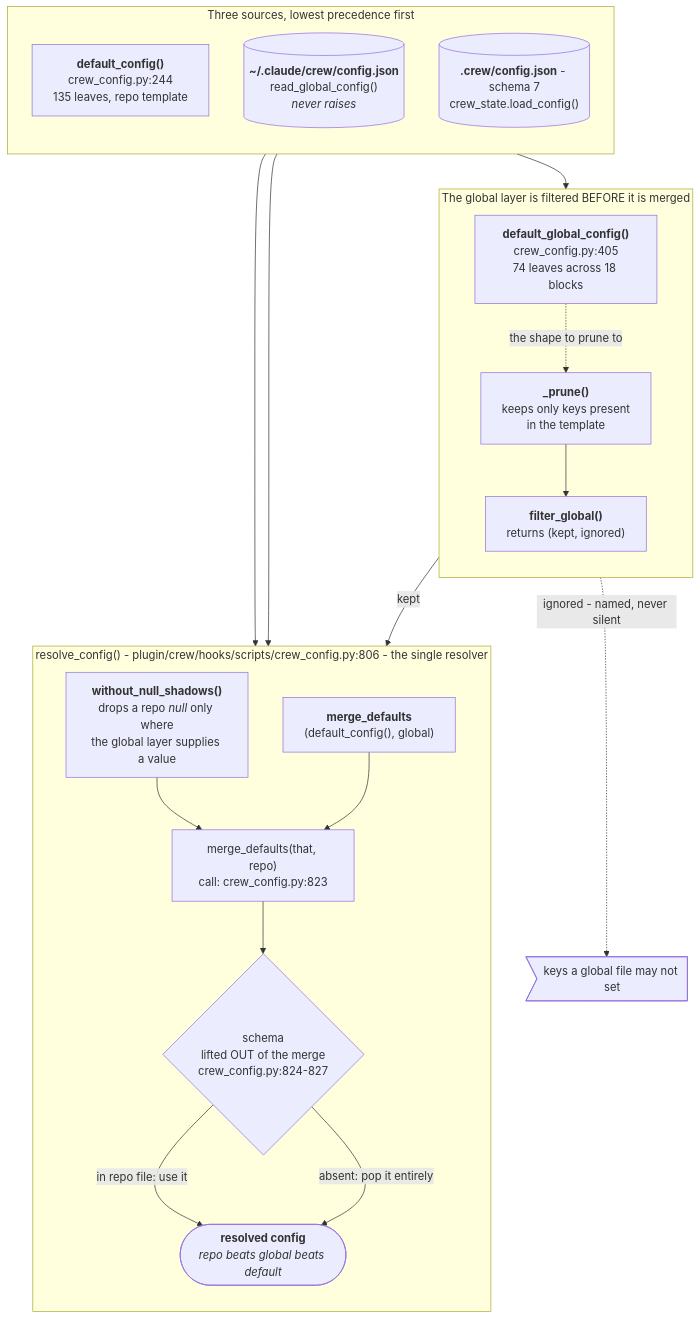
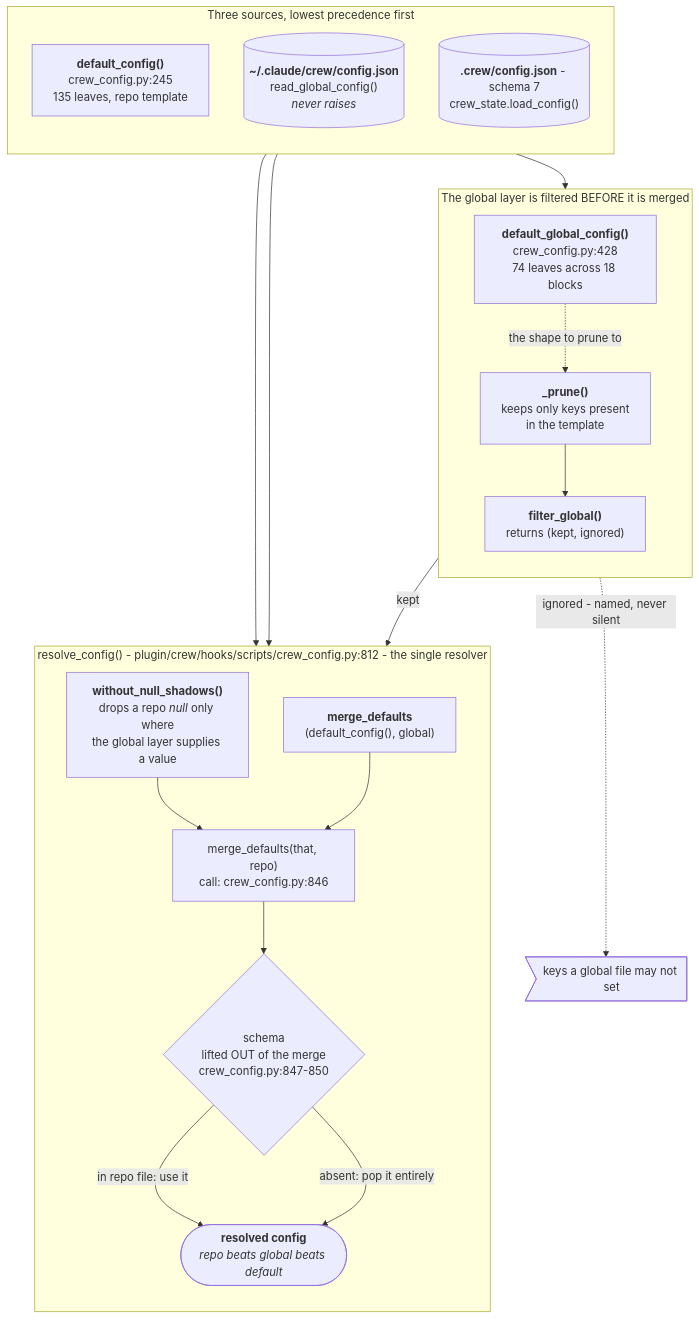
Before and after one commit to mbadali25/useful-claude-add-ons: the diagram in docs/diagrams/data-flow-crew-config-read.mmd, drawn with Mermaid. The commit also changed 3 other files, not shown here.

First line of the commit message:
T-0011: merge review fixes - CONFIG.md leaf counts 74/135/61, codemap 130 marked history, read diagram cites re-derived

```diff
--- a/docs/diagrams/data-flow-crew-config-read.mmd
+++ b/docs/diagrams/data-flow-crew-config-read.mmd
@@ -1,67 +1,67 @@
 %% Generated from useful-claude-add-ons@452b30cc on 2026-10-02. Verify before trusting.
 %% Anchors: plugin/crew/hooks/scripts/crew_config.py, plugin/crew/hooks/scripts/crew_state.py, plugin/crew/hooks/scripts/crew_guards.py
 %% Purpose: The read side: the three config sources (built-in defaults, the machine file, the repo file), how the machine layer is pruned to its template before merging, and how resolve_config() merges them.
 %% Split from data-flow-crew-config.mmd (the overview); edges to other parts are drawn there.
 %% Note DEF: default_config() plugin/crew/hooks/scripts/crew_config.py:245 <b>135 leaves</b> (executed, T-0011's
-%%    merge of main 155fe6d8) composed from crew_state's PM_DEFAULTS :1108, QA_DEFAULTS :1160, DEV_DEFAULTS :1170,
-%%    WORKTREE_DEFAULTS :1198, CONTEXT_DEFAULTS :735, RESUME_DEFAULTS :698, AUTOPILOT_DEFAULTS :1139 -
+%%    merge of main 155fe6d8) composed from crew_state's PM_DEFAULTS :1151, QA_DEFAULTS :1203, DEV_DEFAULTS :1213,
+%%    WORKTREE_DEFAULTS :1241, CONTEXT_DEFAULTS :770, RESUME_DEFAULTS :733, AUTOPILOT_DEFAULTS :1139 -
 %%    repo-only (re-exported from crew_guards: INSTALL_DEFAULTS :48, GUARD_DEFAULTS :198, PRODUCTION_DEFAULTS
 %%    :222, CLOUD_DEFAULTS :239 - repo-only, ENVIRONMENTS_DEFAULTS :251 - nonProd repo-only), and
 %%    crew_upgrade's GRAPH_BLOCK :48 / DOCS_BLOCK :107 / BITBUCKET_BLOCK :150 / GITHUB_BLOCK :173 /
 %%    CHANGE_BLOCK :203
-%% Note GLB: ~/.claude/crew/config.json read_global_config() plugin/crew/hooks/scripts/crew_config.py:753
+%% Note GLB: ~/.claude/crew/config.json read_global_config() plugin/crew/hooks/scripts/crew_config.py:759
 %%    <i>never raises</i> - absent, malformed or non-object all return {}, because this is reached from a
 %%    SessionStart hook
 %% Note REPO: .crew/config.json - schema 7 crew_state.load_config()
 %%    plugin/crew/hooks/scripts/crew_state.py:267 NOT the same file crew_context.py reads first - see the
 %%    TwoFiles section below
-%% Note TMPL: default_global_config() plugin/crew/hooks/scripts/crew_config.py:422 <b>74 leaves</b> (executed,
+%% Note TMPL: default_global_config() plugin/crew/hooks/scripts/crew_config.py:428 <b>74 leaves</b> (executed,
 %%    T-0011's merge of main 155fe6d8) across <b>18 blocks</b>: qa, dev, worktree, secondOpinion, memory (2 of 5 repo leaves),
 %%    notify, pm, context.autoClear (8 of 9 - unsafeFocus is excluded, see AutoClear below), resume, docs,
 %%    bitbucket, github, install, guards (all TEN names), environments (prodUnattended only), change, route,
 %%    shellRoute - the single definition both rules below are enforced against
-%% Note PRUNE: _prune() plugin/crew/hooks/scripts/crew_config.py:685 keeps only keys present in the template.
+%% Note PRUNE: _prune() plugin/crew/hooks/scripts/crew_config.py:691 keeps only keys present in the template.
 %%    Descends structurally, so naming a block grants only the leaves under it.
-%% Note FILT: filter_global() plugin/crew/hooks/scripts/crew_config.py:711 returns (kept, ignored)
-%% Note NULLS: without_null_shadows() plugin/crew/hooks/scripts/crew_config.py:662 drops a repo <i>null</i>
+%% Note FILT: filter_global() plugin/crew/hooks/scripts/crew_config.py:717 returns (kept, ignored)
+%% Note NULLS: without_null_shadows() plugin/crew/hooks/scripts/crew_config.py:668 drops a repo <i>null</i>
 %%    ONLY where the global layer supplies a real value.
-%% Note M1: merge_defaults(default_config(), global) call: crew_config.py:822 def: plugin/crew/hooks/scripts/crew_state.py:1348
+%% Note M1: merge_defaults(default_config(), global) call: crew_config.py:845 def: plugin/crew/hooks/scripts/crew_state.py:1391
 %% Note OUT: resolved config <i>repo beats global beats default</i> this is ONLY .crew/config.json's
 %%    precedence - autoClear's own read path bypasses it, below
 flowchart TB
 
     subgraph Sources["Three sources, lowest precedence first"]
         direction TB
-        DEF["<b>default_config()</b><br/>crew_config.py:244<br/>135 leaves, repo template"]
+        DEF["<b>default_config()</b><br/>crew_config.py:245<br/>135 leaves, repo template"]
         GLB[("<b>~/.claude/crew/config.json</b><br/>read_global_config()<br/><i>never raises</i>")]
         REPO[("<b>.crew/config.json</b> - schema 7<br/>crew_state.load_config()")]
     end
 
     subgraph Gate["The global layer is filtered BEFORE it is merged"]
         direction TB
-        TMPL["<b>default_global_config()</b><br/>crew_config.py:405<br/>74 leaves across 18 blocks"]
+        TMPL["<b>default_global_config()</b><br/>crew_config.py:428<br/>74 leaves across 18 blocks"]
         PRUNE["<b>_prune()</b><br/>keeps only keys present<br/>in the template"]
         FILT["<b>filter_global()</b><br/>returns (kept, ignored)"]
     end
 
-    subgraph Merge["resolve_config() - plugin/crew/hooks/scripts/crew_config.py:806 - the single resolver"]
+    subgraph Merge["resolve_config() - plugin/crew/hooks/scripts/crew_config.py:812 - the single resolver"]
         direction TB
         NULLS["<b>without_null_shadows()</b><br/>drops a repo <i>null</i> only where<br/>the global layer supplies a value"]
         M1["<b>merge_defaults</b><br/>(default_config(), global)"]
-        M2["merge_defaults(that, repo)<br/>call: crew_config.py:823"]
-        SCHEMA{"schema<br/>lifted OUT of the merge<br/>crew_config.py:824-827"}
+        M2["merge_defaults(that, repo)<br/>call: crew_config.py:846"]
+        SCHEMA{"schema<br/>lifted OUT of the merge<br/>crew_config.py:847-850"}
         OUT(["<b>resolved config</b><br/><i>repo beats global beats default</i>"])
     end
 
     DEF --> M1
     GLB --> FILT
     TMPL -.->|"the shape to prune to"| PRUNE
     PRUNE --> FILT
     FILT -->|kept| M1
     FILT -.->|"ignored - named, never silent"| IGN>"keys a global file may not set"]
     REPO --> NULLS
     NULLS --> M2
     M1 --> M2
     M2 --> SCHEMA
     SCHEMA -->|"in repo file: use it"| OUT
     SCHEMA -->|"absent: pop it entirely"| OUT
```
